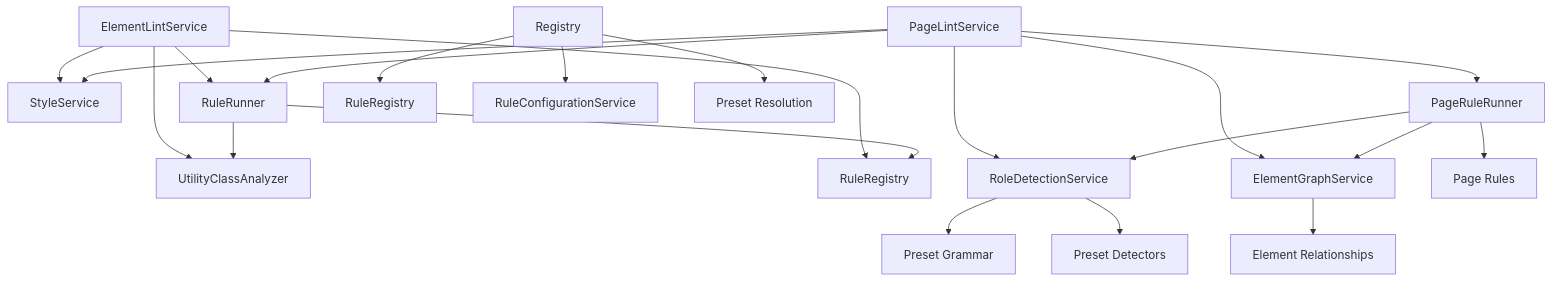
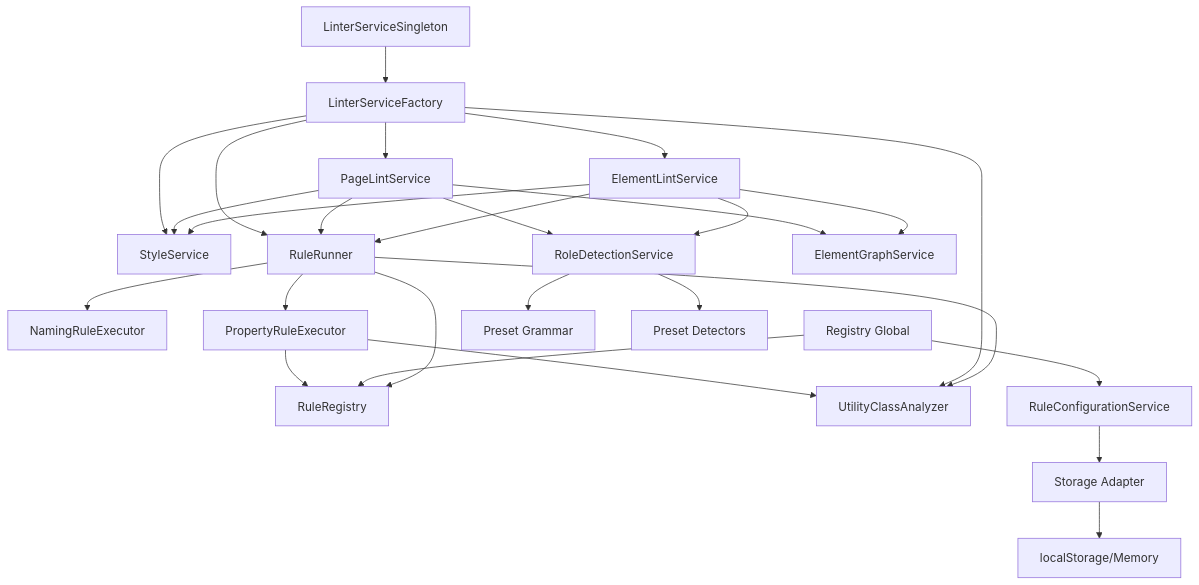
Before and after one commit to milesroxas/Flint: the fifth of 5 diagrams in src/features/linter/services/README.md, drawn with Mermaid. The commit also changed other lines of this file and 93 other files, not shown here.

````diff
--- a/src/features/linter/services/README.md
+++ b/src/features/linter/services/README.md
@@ -286,29 +332,38 @@
 ```mermaid
 graph TD
     A[ElementLintService] --> B[StyleService]
-    A --> C[UtilityClassAnalyzer]
-    A --> D[RuleRunner]
-    A --> E[RuleRegistry]
+    A --> C[RuleRunner]
 
-    F[PageLintService] --> B
-    F --> D
-    F --> G[RoleDetectionService]
-    F --> H[ElementGraphService]
-    F --> I[PageRuleRunner]
-
-    D --> E
+    D[PageLintService] --> B
     D --> C
 
-    J[Registry] --> K[RuleRegistry]
-    J --> L[RuleConfigurationService]
-    J --> M[Preset Resolution]
+    C[RuleRunner] --> E[RuleRegistry]
+    C --> F[UtilityClassAnalyzer]
+    C --> G[NamingRuleExecutor]
+    C --> H[PropertyRuleExecutor]
 
-    G --> N[Preset Grammar]
-    G --> O[Preset Detectors]
+    I[LinterServiceFactory] --> A
+    I --> D
+    I --> C
+    I --> F
+    I --> B
 
-    H --> P[Element Relationships]
+    J[LinterServiceSingleton] --> I
 
-    I --> Q[Page Rules]
-    I --> G
-    I --> H
+    K[Registry Global] --> E
+    K --> L[RuleConfigurationService]
+
+    M[RoleDetectionService] --> N[Preset Grammar]
+    M --> O[Preset Detectors]
+
+    A --> M
+    D --> M
+    A --> P[ElementGraphService]
+    D --> P
+
+    L --> Q[Storage Adapter]
+    Q --> R[localStorage/Memory]
+
+    H --> E
+    H --> F
 ```
````
